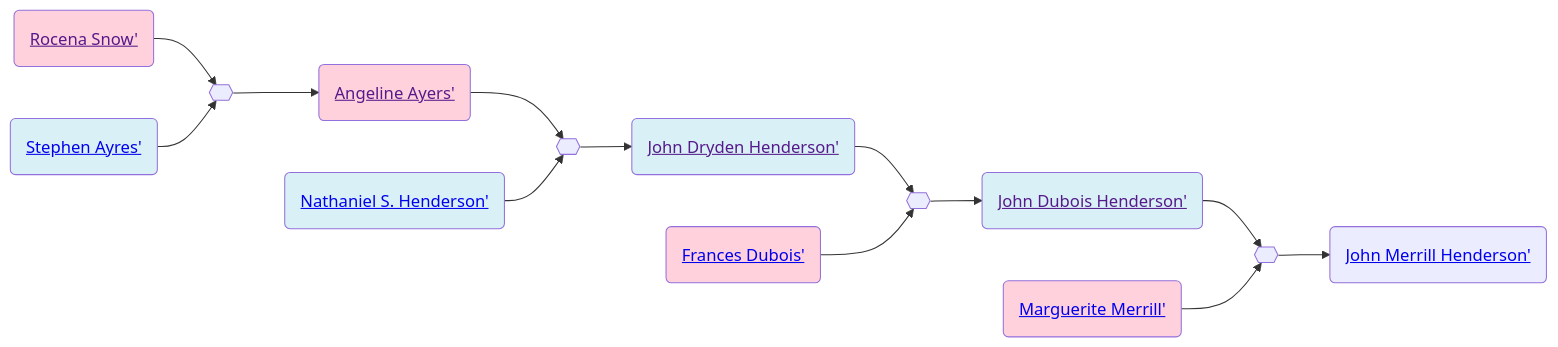
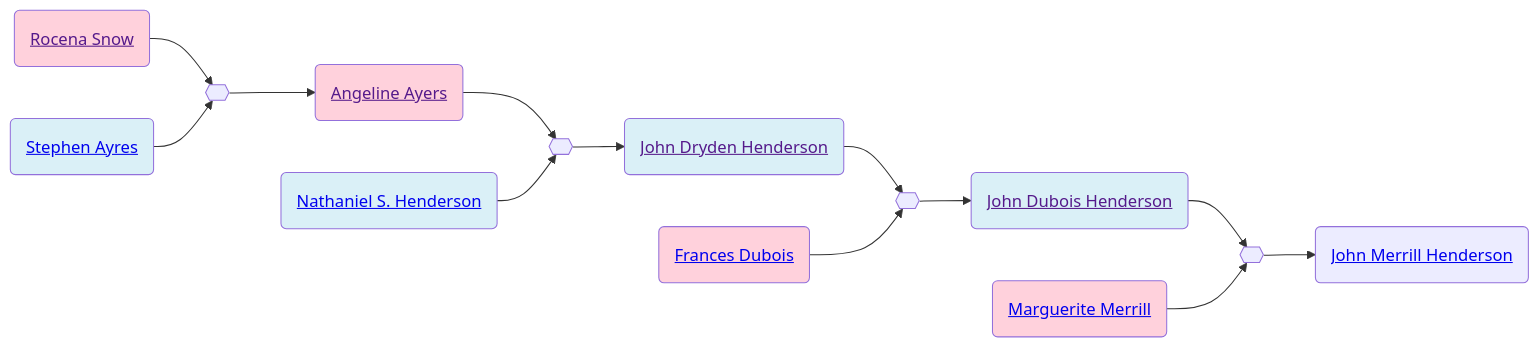
Before and after one commit to neelsmith/avocational: the diagram in familyhistory/sources/people/Henderson-line/Ayers-line/Rocena_Snow.qmd, drawn with Mermaid. The commit also changed 96 other files, not shown here.

````diff
--- a/familyhistory/sources/people/Henderson-line/Ayers-line/Rocena_Snow.qmd
+++ b/familyhistory/sources/people/Henderson-line/Ayers-line/Rocena_Snow.qmd
@@ -26,32 +26,32 @@
 ```{mermaid}
 graph LR
 %% LR descendant diagram
 class Rocena_Snow_and_Stephen_Ayres marriage
-Rocena_Snow(<a href=''>Rocena Snow'</>) --> Rocena_Snow_and_Stephen_Ayres{{ }}
-Stephen_Ayres(<a href='./Stephen_Ayres.html'>Stephen Ayres'</>) --> Rocena_Snow_and_Stephen_Ayres{{ }}
+Rocena_Snow(<a href=''>Rocena Snow</a>) --> Rocena_Snow_and_Stephen_Ayres{{ }}
+Stephen_Ayres(<a href='./Stephen_Ayres.html'>Stephen Ayres</a>) --> Rocena_Snow_and_Stephen_Ayres{{ }}
 class Stephen_Ayres father
 class Rocena_Snow mother
-Rocena_Snow_and_Stephen_Ayres{{ }} --> Angeline_Ayers(<a href='./Angeline_Ayers.html'>Angeline Ayers'</>)
+Rocena_Snow_and_Stephen_Ayres{{ }} --> Angeline_Ayers(<a href='./Angeline_Ayers.html'>Angeline Ayers</a>)
 class Angeline_Ayers_and_Nathaniel_S._Henderson marriage
-Angeline_Ayers(<a href=''>Angeline Ayers'</>) --> Angeline_Ayers_and_Nathaniel_S._Henderson{{ }}
-Nathaniel_S._Henderson(<a href='./../Nathaniel_S._Henderson.html'>Nathaniel S. Henderson'</>) --> Angeline_Ayers_and_Nathaniel_S._Henderson{{ }}
+Angeline_Ayers(<a href=''>Angeline Ayers</a>) --> Angeline_Ayers_and_Nathaniel_S._Henderson{{ }}
+Nathaniel_S._Henderson(<a href='./../Nathaniel_S._Henderson.html'>Nathaniel S. Henderson</a>) --> Angeline_Ayers_and_Nathaniel_S._Henderson{{ }}
 class Nathaniel_S._Henderson father
 class Angeline_Ayers mother
-Angeline_Ayers_and_Nathaniel_S._Henderson{{ }} --> John_Dryden_Henderson(<a href='./../John_Dryden_Henderson.html'>John Dryden Henderson'</>)
+Angeline_Ayers_and_Nathaniel_S._Henderson{{ }} --> John_Dryden_Henderson(<a href='./../John_Dryden_Henderson.html'>John Dryden Henderson</a>)
 class John_Dryden_Henderson_and_Frances_Dubois marriage
-John_Dryden_Henderson(<a href=''>John Dryden Henderson'</>) --> John_Dryden_Henderson_and_Frances_Dubois{{ }}
-Frances_Dubois(<a href='./Dubois-line/Frances_Dubois.html'>Frances Dubois'</>) --> John_Dryden_Henderson_and_Frances_Dubois{{ }}
+John_Dryden_Henderson(<a href=''>John Dryden Henderson</a>) --> John_Dryden_Henderson_and_Frances_Dubois{{ }}
+Frances_Dubois(<a href='./Dubois-line/Frances_Dubois.html'>Frances Dubois</a>) --> John_Dryden_Henderson_and_Frances_Dubois{{ }}
 class John_Dryden_Henderson father
 class Frances_Dubois mother
-John_Dryden_Henderson_and_Frances_Dubois{{ }} --> John_Dubois_Henderson(<a href='./John_Dubois_Henderson.html'>John Dubois Henderson'</>)
+John_Dryden_Henderson_and_Frances_Dubois{{ }} --> John_Dubois_Henderson(<a href='./John_Dubois_Henderson.html'>John Dubois Henderson</a>)
 class John_Dubois_Henderson_and_Marguerite_Merrill marriage
-John_Dubois_Henderson(<a href=''>John Dubois Henderson'</>) --> John_Dubois_Henderson_and_Marguerite_Merrill{{ }}
-Marguerite_Merrill(<a href='./../Merrill-line/Marguerite_Merrill.html'>Marguerite Merrill'</>) --> John_Dubois_Henderson_and_Marguerite_Merrill{{ }}
+John_Dubois_Henderson(<a href=''>John Dubois Henderson</a>) --> John_Dubois_Henderson_and_Marguerite_Merrill{{ }}
+Marguerite_Merrill(<a href='./../Merrill-line/Marguerite_Merrill.html'>Marguerite Merrill</a>) --> John_Dubois_Henderson_and_Marguerite_Merrill{{ }}
 class John_Dubois_Henderson father
 class Marguerite_Merrill mother
-John_Dubois_Henderson_and_Marguerite_Merrill{{ }} --> John_Merrill_Henderson(<a href='./John_Merrill_Henderson.html'>John Merrill Henderson'</>)
+John_Dubois_Henderson_and_Marguerite_Merrill{{ }} --> John_Merrill_Henderson(<a href='./John_Merrill_Henderson.html'>John Merrill Henderson</a>)
 classDef mother fill:#ffd1dc
 classDef father fill:#daf0f7  
 classDef marriage fill:#ffffff
 
 ```
````
